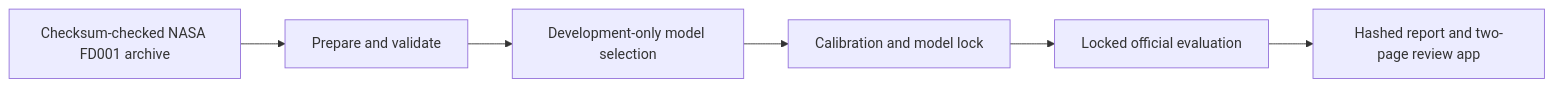
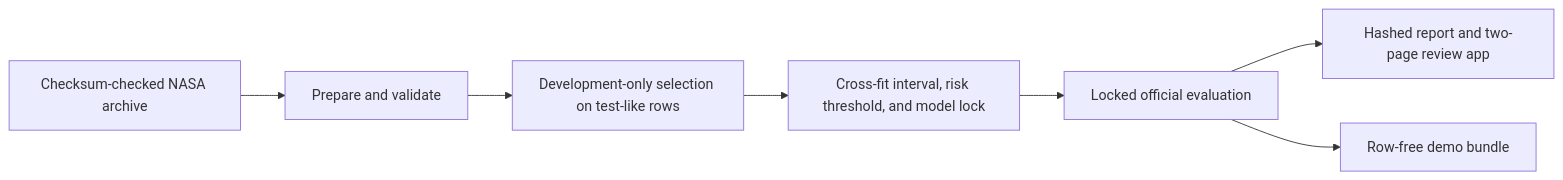
Before and after one commit to EfeErim/aeromaintain-ai: the diagram in docs/architecture.md, drawn with Mermaid. The commit also changed other lines of this file and 43 other files, not shown here.

````diff
--- a/docs/architecture.md
+++ b/docs/architecture.md
@@ -5,8 +5,9 @@
 ```mermaid
 flowchart LR
-    A["Checksum-checked NASA FD001 archive"] --> B["Prepare and validate"]
-    B --> C["Development-only model selection"]
-    C --> D["Calibration and model lock"]
+    A["Checksum-checked NASA archive"] --> B["Prepare and validate"]
+    B --> C["Development-only selection on test-like rows"]
+    C --> D["Cross-fit interval, risk threshold, and model lock"]
     D --> E["Locked official evaluation"]
     E --> F["Hashed report and two-page review app"]
+    E --> G["Row-free demo bundle"]
 ```
````
